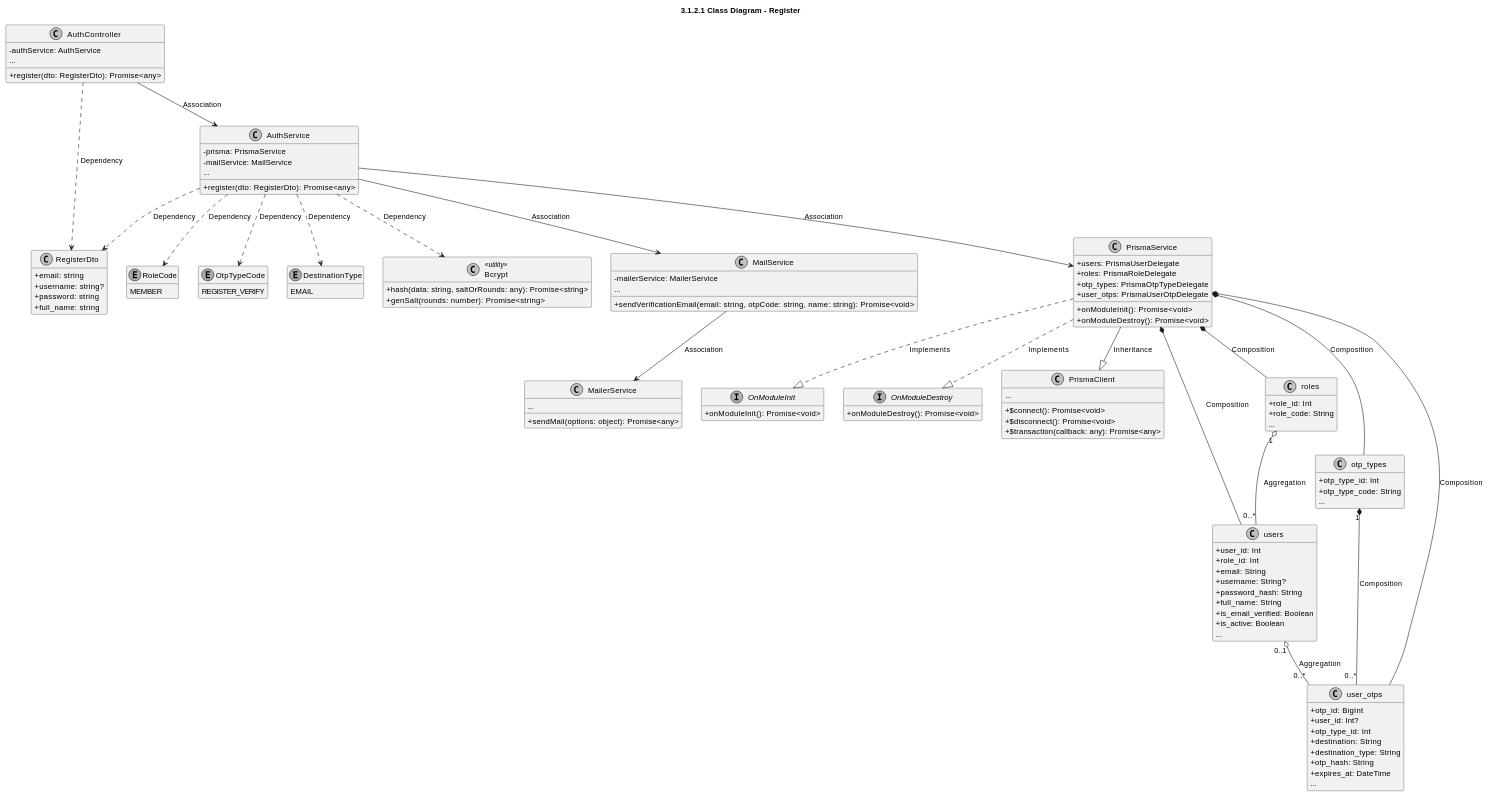
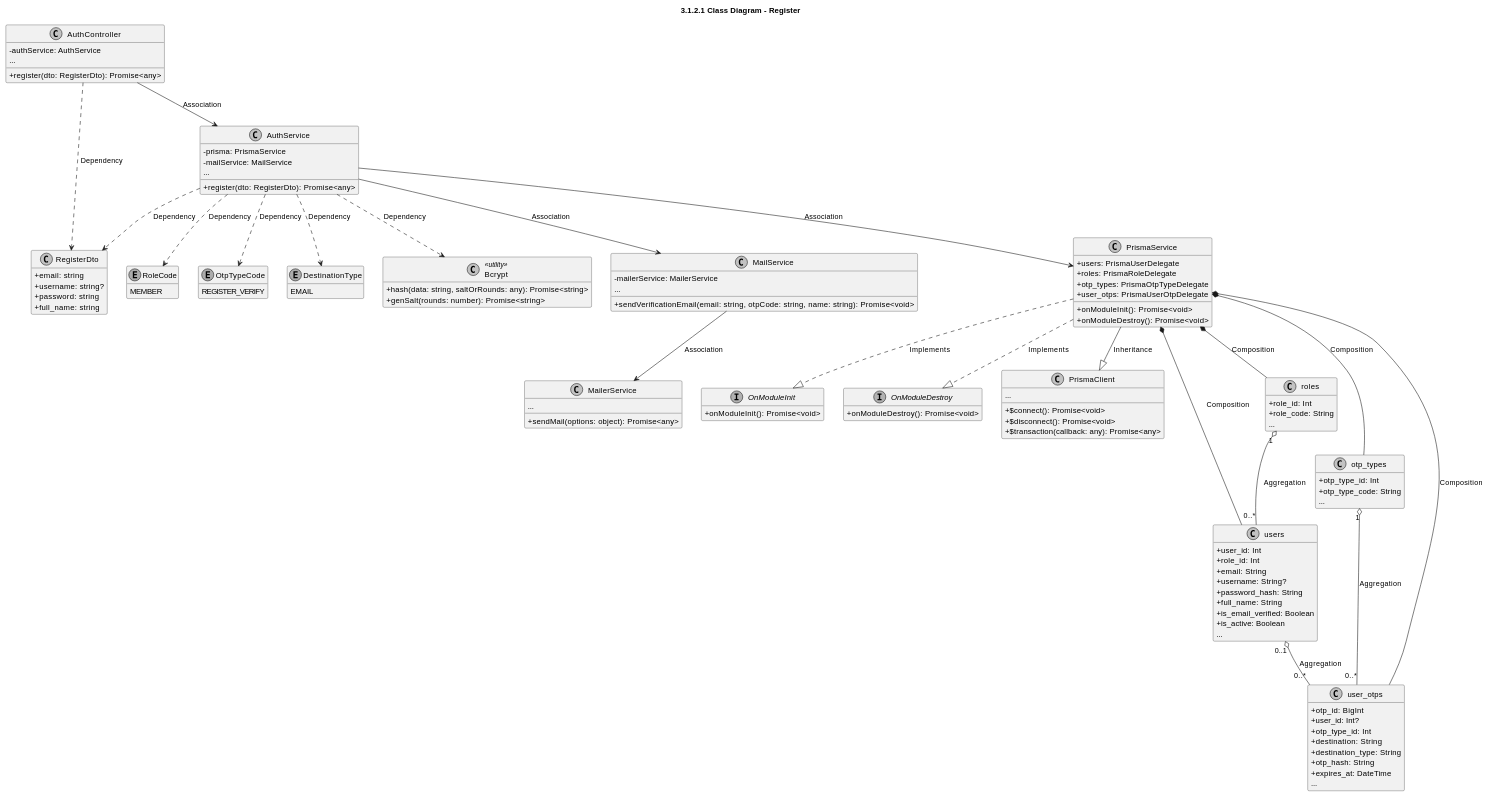
The second of 8 diagrams in modules_plantuml/01_auth.md (CuongBC195/class-diagram-donation-blood), drawn with PlantUML before and after one commit. The commit also changed other lines of this file and 32 other files, not shown here.

Commit message:
fix(diagrams): 100% code alignment, fix FK multiplicities, connect ExcelUtil in 3.4, and convert all 1110 edges to Orthogonal

````diff
--- a/modules_plantuml/01_auth.md
+++ b/modules_plantuml/01_auth.md
@@ -373,6 +373,6 @@
 PrismaService *-- user_otps : Composition
 roles "1" o-- "0..*" users : Aggregation
 users "0..1" o-- "0..*" user_otps : Aggregation
-otp_types "1" *-- "0..*" user_otps : Composition
+otp_types "1" o-- "0..*" user_otps : Aggregation
 @enduml
 ```
````
